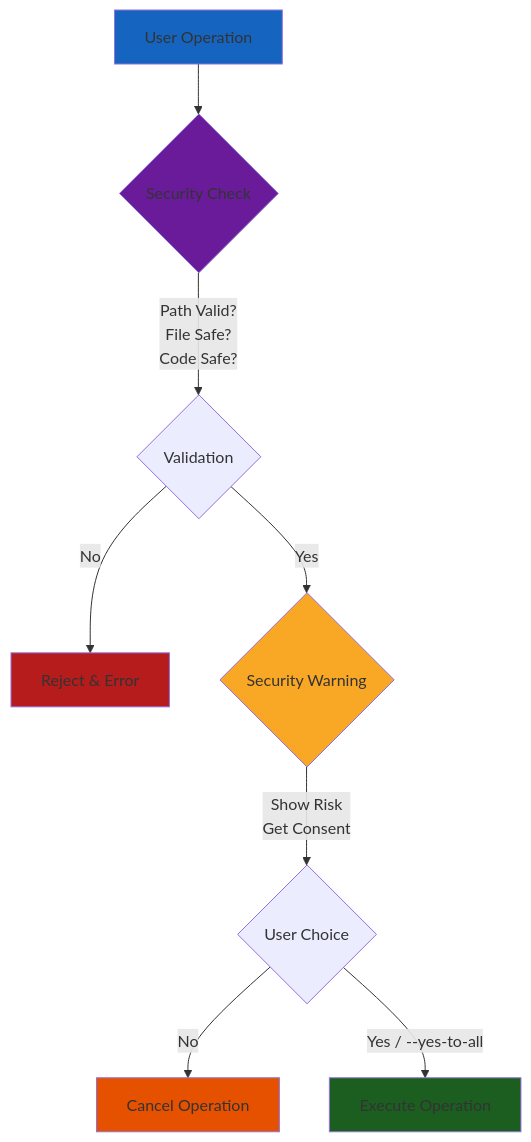
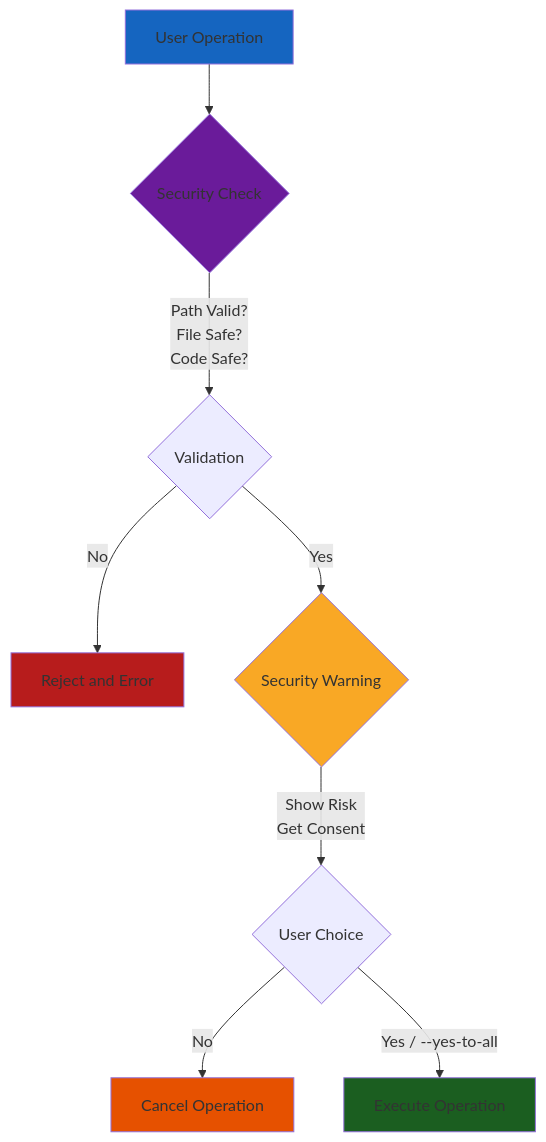
One commit to paulrobello/par_gpt changed the eighth of 14 diagrams in ARCHITECTURE.md. Above: the diagram before and after it, drawn with Mermaid. The commit also changed other lines of this file and 3 other files, not shown here.

First line of the commit message:
fix: resolve Mermaid diagram syntax errors in ARCHITECTURE.md

````diff
--- a/ARCHITECTURE.md
+++ b/ARCHITECTURE.md
@@ -447,17 +447,17 @@
 ```mermaid
 flowchart TD
     A[User Operation] --> B{Security Check}
     B -->|Path Valid?<br/>File Safe?<br/>Code Safe?| C{Validation}
-    C -->|No| D[Reject & Error]
+    C -->|No| D[Reject and Error]
     C -->|Yes| E{Security Warning}
     E -->|Show Risk<br/>Get Consent| F{User Choice}
     F -->|No| G[Cancel Operation]
     F -->|Yes / --yes-to-all| H[Execute Operation]
     
     style A fill:#1565c0
     style D fill:#b71c1c
     style G fill:#e65100
     style H fill:#1b5e20
     style B fill:#6a1b9a
     style E fill:#f9a825
 ```
````
